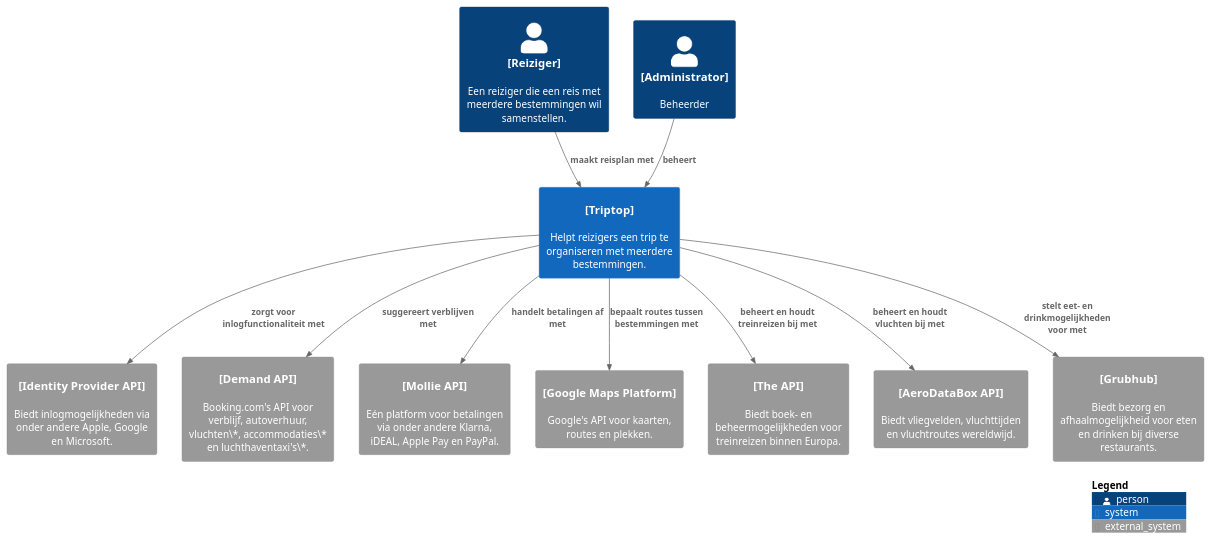
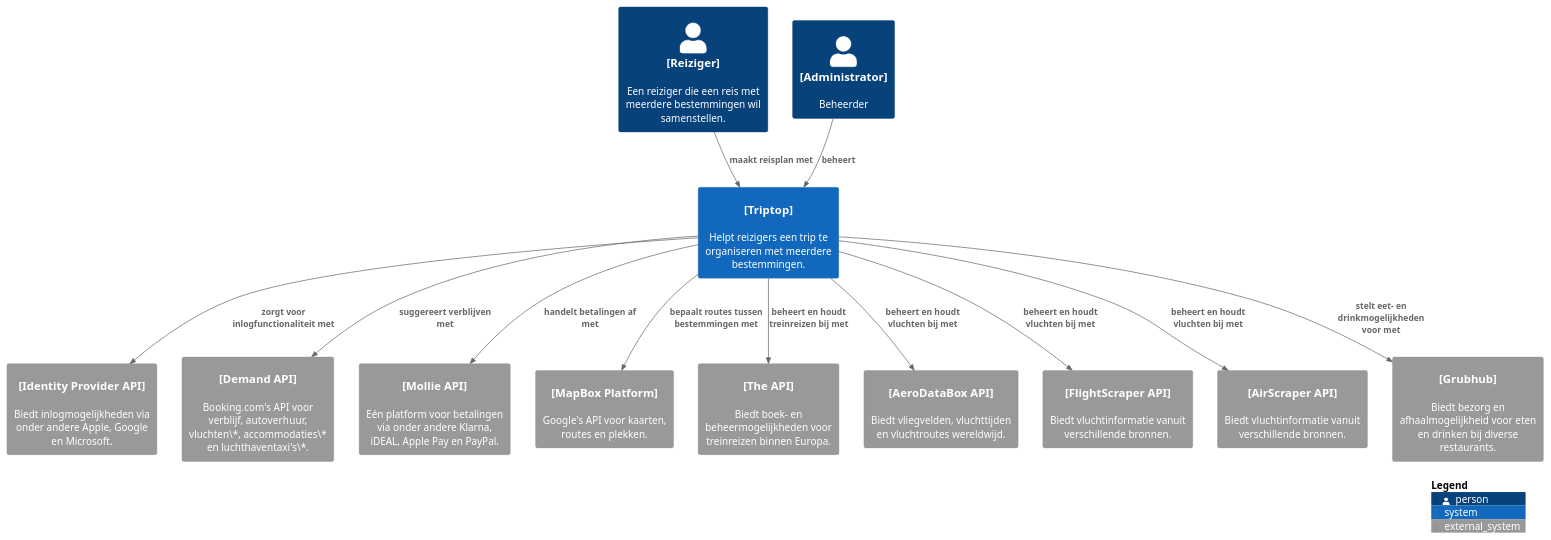
Before and after one commit to AIM-ENE-feb25/triptop-groep-b2: the diagram in context-diagram.puml, drawn with PlantUML. The commit also changed 3 other files, not shown here.

Commit message:
Updated diagrams

```diff
--- a/context-diagram.puml
+++ b/context-diagram.puml
@@ -1,38 +1,42 @@
 @startuml C4_Elements
 !include https://raw.githubusercontent.com/plantuml-stdlib/C4-PlantUML/master/C4_Container.puml
 !include <C4/C4_Container>
 top to bottom direction
 
 skinparam {
     rectangle {
         StereotypeFontSize 0
         StereotypeFontColor white
     }
 }
 
 Person(traveller, "[Reiziger]", "Een reiziger die een reis met meerdere bestemmingen wil samenstellen.")
 Person(admin, "[Administrator]", "Beheerder")
 
 System(triptop, "[Triptop]", "Helpt reizigers een trip te organiseren met meerdere bestemmingen.")
 
 System_Ext(identity_provider_api, "[Identity Provider API]", "Biedt inlogmogelijkheden via onder andere Apple, Google en Microsoft.", $link="https://developer.okta.com/docs/api/openapi/okta-management/management/tag/IdentityProvider/")
 System_Ext(demand_api, "[Demand API]", "Booking.com's API voor verblijf, autoverhuur, vluchten\*, accommodaties\* en luchthaventaxi's\*.", $link="https://developers.booking.com/demand/docs/open-api/demand-api")
 System_Ext(mollie_api, "[Mollie API]", "Eén platform voor betalingen via onder andere Klarna, iDEAL, Apple Pay en PayPal.", $link="https://www.mollie.com/nl/")
-System_Ext(google_maps_api, "[Google Maps Platform]", "Google's API voor kaarten, routes en plekken.", $link="https://developers.google.com/maps")
+System_Ext(MapBox_api, "[MapBox Platform]", "Google's API voor kaarten, routes en plekken.", $link="https://developers.google.com/maps")
 System_Ext(all_aboard_api, "[The API]", "Biedt boek- en beheermogelijkheden voor treinreizen binnen Europa.", $link="https://allaboard.eu/api-solution")
 System_Ext(aeroDataBox_api, "[AeroDataBox API]", "Biedt vliegvelden, vluchttijden en vluchtroutes wereldwijd.", $link="https://rapidapi.com/aedbx-aedbx/api/aerodatabox")
+System_Ext(flightScraper_api, "[FlightScraper API]", "Biedt vluchtinformatie vanuit verschillende bronnen.", $link="https://rapidapi.com/skyscanner/api/skyscanner-flight-search")
+System_Ext(airScraper_api, "[AirScraper API]", "Biedt vluchtinformatie vanuit verschillende bronnen.", $link="https://rapidapi.com/skyscanner/api/skyscanner-flight-search")
 System_Ext(grubhub_api, "[Grubhub]", "Biedt bezorg en afhaalmogelijkheid voor eten en drinken bij diverse restaurants.", $link="https://www.grubhub.com/")
 
 Rel(traveller, triptop, "maakt reisplan met")
 Rel(admin, triptop, "beheert")
 
 Rel(triptop, identity_provider_api, "zorgt voor inlogfunctionaliteit met")
 Rel(triptop, demand_api, "suggereert verblijven met")
 Rel(triptop, mollie_api, "handelt betalingen af met")
-Rel(triptop, google_maps_api, "bepaalt routes tussen bestemmingen met")
+Rel(triptop, MapBox_api, "bepaalt routes tussen bestemmingen met")
 Rel(triptop, all_aboard_api, "beheert en houdt treinreizen bij met")
 Rel(triptop, aeroDataBox_api, "beheert en houdt vluchten bij met")
+Rel(triptop, flightScraper_api, "beheert en houdt vluchten bij met")
+Rel(triptop, airScraper_api, "beheert en houdt vluchten bij met")
 Rel(triptop, grubhub_api, "stelt eet- en drinkmogelijkheden voor met")
 
 SHOW_LEGEND(TRUE)
 @enduml
```
